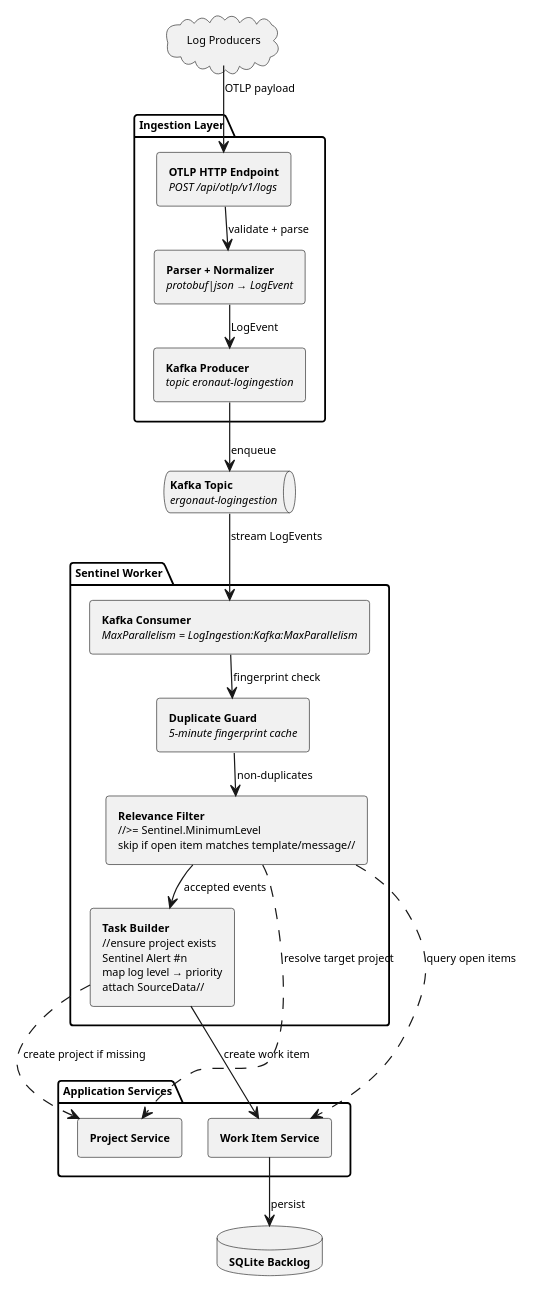
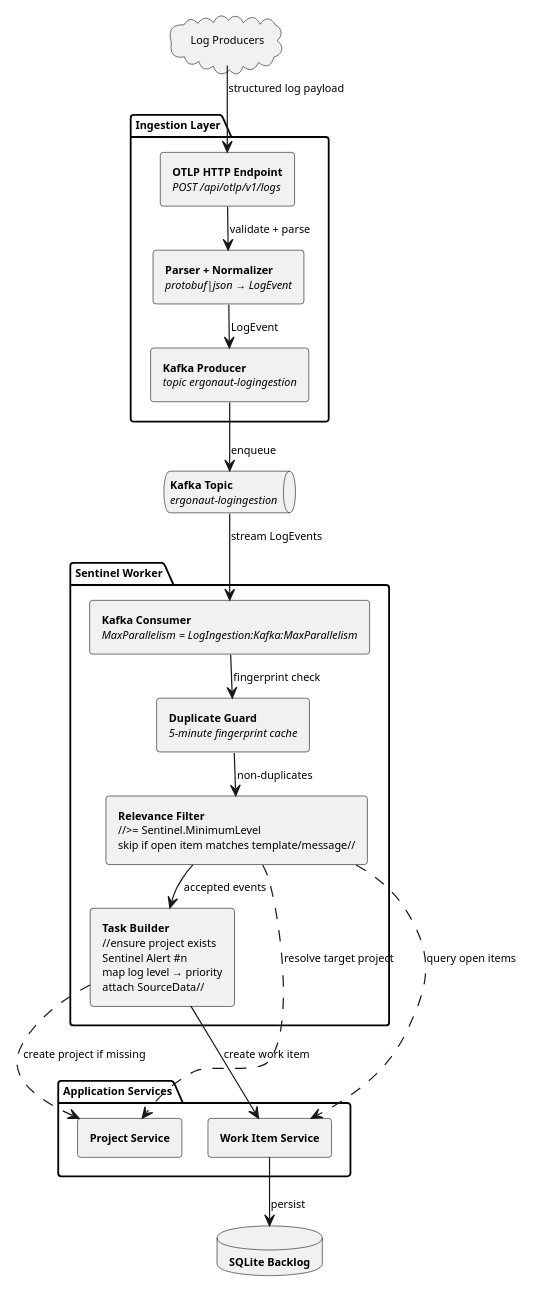
Before and after one commit to LukasLeindals/ergonaut: the diagram in docs/report/figures/sentinel-task-flow.puml, drawn with PlantUML. The commit also changed 7 other files, not shown here.

```diff
--- a/docs/report/figures/sentinel-task-flow.puml
+++ b/docs/report/figures/sentinel-task-flow.puml
@@ -1,54 +1,54 @@
 @startuml sentinel_task_definition
 top to bottom direction
 scale 0.75
 
 skinparam componentStyle rectangle
 skinparam DefaultFontSize 9
 skinparam TitleFontSize 12
 skinparam ComponentFontSize 9
 skinparam PackagePadding 4
 skinparam ComponentPadding 4
 skinparam ComponentSpacing 6
 skinparam NodeSep 22
 skinparam RankSep 22
 
 cloud "Log Producers" as Producers
 
 package "Ingestion Layer" {
   component "**OTLP HTTP Endpoint**\n//POST /api/otlp/v1/logs//" as Intake
   component "**Parser + Normalizer**\n//protobuf|json → LogEvent//" as Normalize
-  component "**Kafka Producer**\n//topic eronaut-logingestion//" as Dispatch
+  component "**Kafka Producer**\n//topic ergonaut-logingestion//" as Dispatch
 }
 
 queue "**Kafka Topic**\n//ergonaut-logingestion//" as EventStream
 
 package "Sentinel Worker" {
   component "**Kafka Consumer**\n//MaxParallelism = LogIngestion:Kafka:MaxParallelism//" as Consumer
   component "**Duplicate Guard**\n//5-minute fingerprint cache//" as Deduper
   component "**Relevance Filter**\n//>= Sentinel.MinimumLevel\nskip if open item matches template/message//" as Filter
   component "**Task Builder**\n//ensure project exists\nSentinel Alert #n\nmap log level → priority\nattach SourceData//" as Builder
 }
 
 package "Application Services" {
   component "**Project Service**" as ProjectService
   component "**Work Item Service**" as TaskService
 }
 
 database "**SQLite Backlog**" as Backlog
 
-Producers --> Intake : OTLP payload
+Producers --> Intake : structured log payload
 Intake --> Normalize : validate + parse
 Normalize --> Dispatch : LogEvent
 Dispatch --> EventStream : enqueue
 
 EventStream --> Consumer : stream LogEvents
 Consumer --> Deduper : fingerprint check
 Deduper --> Filter : non-duplicates
 Filter ..> ProjectService : resolve target project
 Filter ..> TaskService : query open items
 Filter --> Builder : accepted events
 Builder ..> ProjectService : create project if missing
 Builder --> TaskService : create work item
 TaskService --> Backlog : persist
 
 @enduml
```
